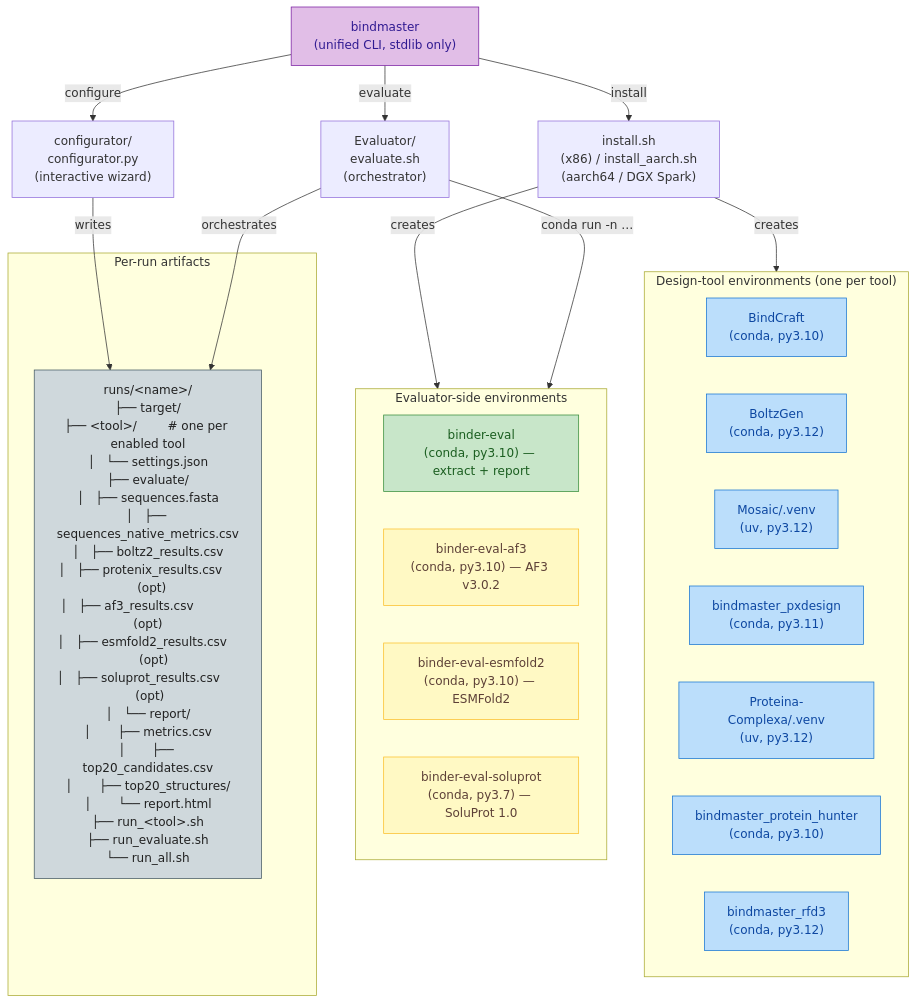
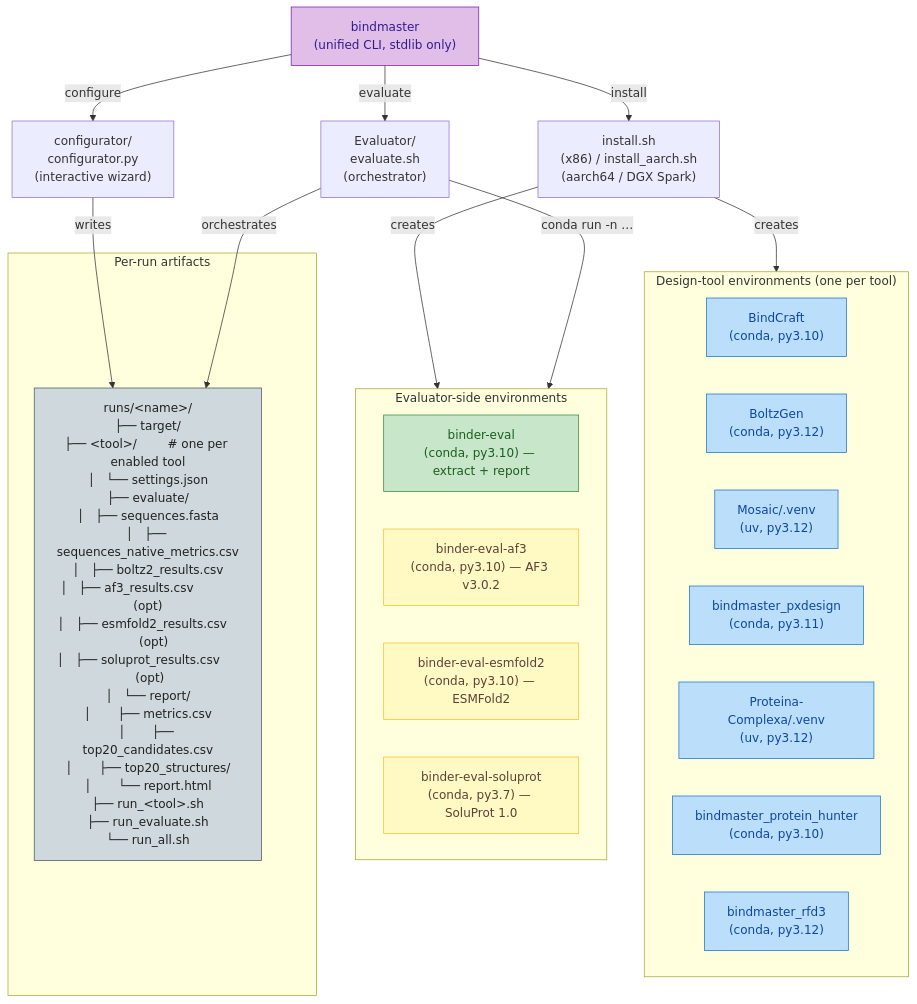
The second of 2 diagrams in README.md (damborik22/BinderScout), drawn with Mermaid before and after one commit. The commit also changed other lines of this file and 12 other files, not shown here.

````diff
--- a/README.md
+++ b/README.md
@@ -99,41 +95,41 @@
 ```mermaid
 flowchart TB
     classDef gen fill:#bbdefb,stroke:#1976d2,color:#0d47a1
     classDef eng fill:#c8e6c9,stroke:#388e3c,color:#1b5e20
     classDef opt fill:#fff9c4,stroke:#fbc02d,color:#5d4037
     classDef cli fill:#e1bee7,stroke:#7b1fa2,color:#311b92
     classDef arti fill:#cfd8dc,stroke:#455a64,color:#212121
 
     CLI["bindmaster\n(unified CLI, stdlib only)"]:::cli
 
     CLI -->|install| InstallSh["install.sh\n(x86) / install_aarch.sh\n(aarch64 / DGX Spark)"]
     CLI -->|configure| Configurator["configurator/\nconfigurator.py\n(interactive wizard)"]
     CLI -->|evaluate| EvaluateSh["Evaluator/\nevaluate.sh\n(orchestrator)"]
 
     subgraph GenEnvs["Design-tool environments (one per tool)"]
         EnvBC["BindCraft<br/>(conda, py3.10)"]:::gen
         EnvBG["BoltzGen<br/>(conda, py3.12)"]:::gen
         EnvMo["Mosaic/.venv<br/>(uv, py3.12)"]:::gen
         EnvPX["bindmaster_pxdesign<br/>(conda, py3.11)"]:::gen
         EnvPC["Proteina-Complexa/.venv<br/>(uv, py3.12)"]:::gen
         EnvPH["bindmaster_protein_hunter<br/>(conda, py3.10)"]:::gen
         EnvRF["bindmaster_rfd3<br/>(conda, py3.12)"]:::gen
     end
 
     subgraph EvalEnvs["Evaluator-side environments"]
         EnvEv["binder-eval<br/>(conda, py3.10) — extract + report"]:::eng
         EnvAF3["binder-eval-af3<br/>(conda, py3.10) — AF3 v3.0.2"]:::opt
         EnvESM["binder-eval-esmfold2<br/>(conda, py3.10) — ESMFold2"]:::opt
         EnvSP["binder-eval-soluprot<br/>(conda, py3.7) — SoluProt 1.0"]:::opt
     end
 
     subgraph Artifacts["Per-run artifacts"]
-        Runs["runs/&lt;name&gt;/\n├── target/\n├── &lt;tool&gt;/        # one per enabled tool\n│   └── settings.json\n├── evaluate/\n│   ├── sequences.fasta\n│   ├── sequences_native_metrics.csv\n│   ├── boltz2_results.csv\n│   ├── protenix_results.csv      (opt)\n│   ├── af3_results.csv           (opt)\n│   ├── esmfold2_results.csv      (opt)\n│   ├── soluprot_results.csv      (opt)\n│   └── report/\n│       ├── metrics.csv\n│       ├── top20_candidates.csv\n│       ├── top20_structures/\n│       └── report.html\n├── run_&lt;tool&gt;.sh\n├── run_evaluate.sh\n└── run_all.sh"]:::arti
+        Runs["runs/&lt;name&gt;/\n├── target/\n├── &lt;tool&gt;/        # one per enabled tool\n│   └── settings.json\n├── evaluate/\n│   ├── sequences.fasta\n│   ├── sequences_native_metrics.csv\n│   ├── boltz2_results.csv\n│   ├── af3_results.csv           (opt)\n│   ├── esmfold2_results.csv      (opt)\n│   ├── soluprot_results.csv      (opt)\n│   └── report/\n│       ├── metrics.csv\n│       ├── top20_candidates.csv\n│       ├── top20_structures/\n│       └── report.html\n├── run_&lt;tool&gt;.sh\n├── run_evaluate.sh\n└── run_all.sh"]:::arti
     end
 
     InstallSh -->|creates| GenEnvs
     InstallSh -->|creates| EvalEnvs
     Configurator -->|writes| Runs
     EvaluateSh -->|orchestrates| Runs
     EvaluateSh -->|conda run -n …| EvalEnvs
 ```
````
